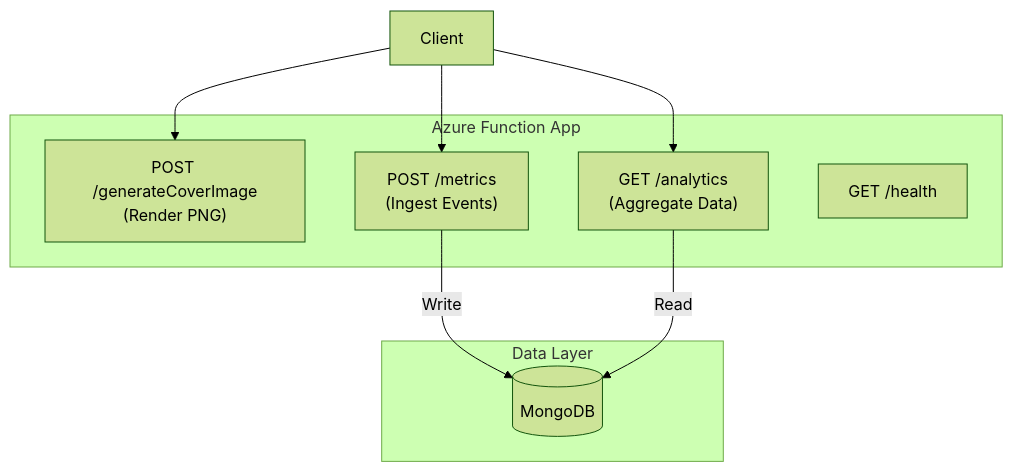
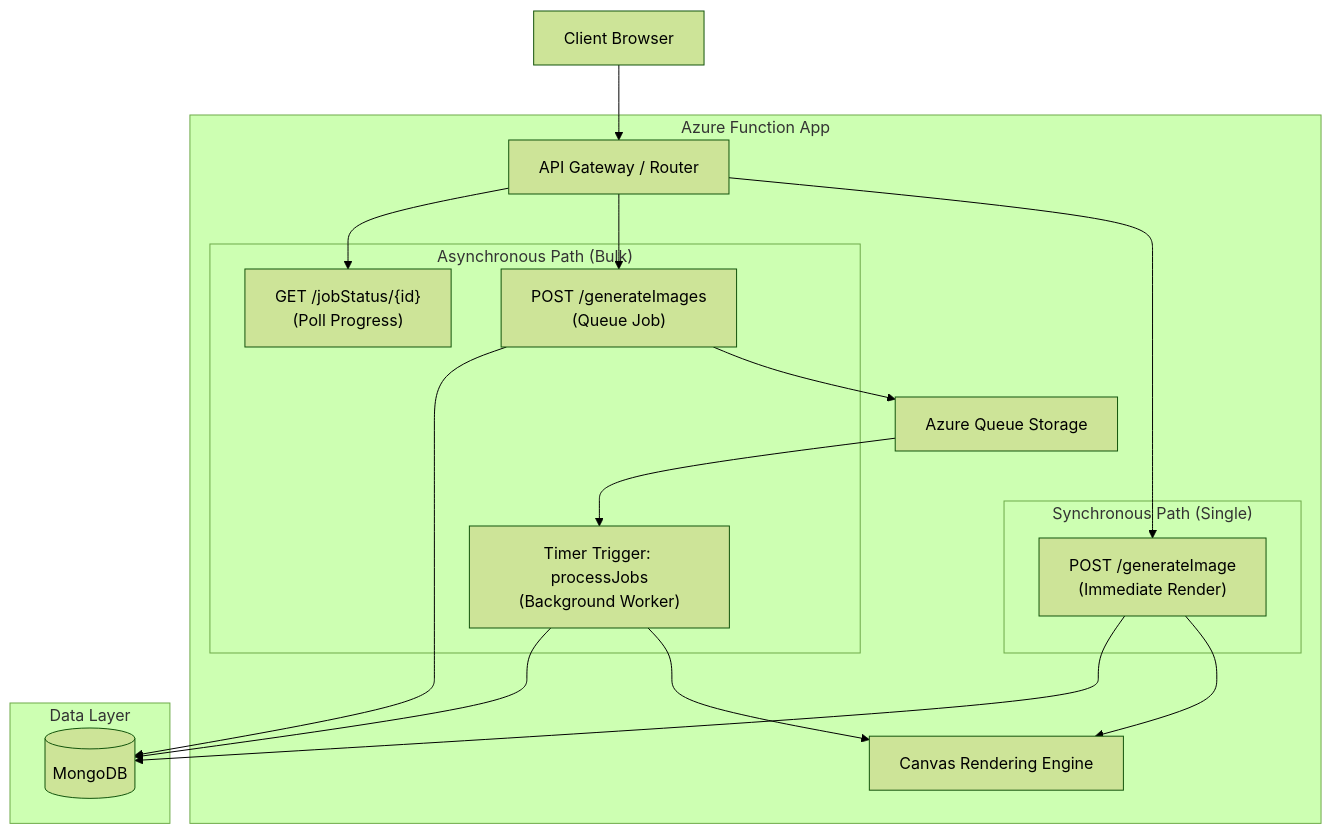
Before and after one commit to victoriacheng15/cover-craft: the diagram in docs/architecture/backend.md, drawn with Mermaid (forest theme). The commit also changed other lines of this file and 2 other files, not shown here.

Commit message:
docs(arch): synchronize async batch generation architecture (#223)

````diff
--- a/docs/architecture/backend.md
+++ b/docs/architecture/backend.md
@@ -15,20 +18,39 @@
 ```mermaid
-graph TB
+graph TD
+    Client[Client Browser]
     subgraph Azure["Azure Function App"]
-        GCI["POST /generateCoverImage<br/>(Render PNG)"]
-        Metrics["POST /metrics<br/>(Ingest Events)"]
-        Analytics["GET /analytics<br/>(Aggregate Data)"]
-        Health["GET /health"]
+        Gateway[API Gateway / Router]
+        
+        subgraph SyncPath["Synchronous Path (Single)"]
+            Single["POST /generateImage<br/>(Immediate Render)"]
+        end
+        
+        subgraph AsyncPath["Asynchronous Path (Bulk)"]
+            Bulk["POST /generateImages<br/>(Queue Job)"]
+            Status["GET /jobStatus/{id}<br/>(Poll Progress)"]
+            Worker["Timer Trigger: processJobs<br/>(Background Worker)"]
+        end
+        
+        Render[Canvas Rendering Engine]
+        Queue[Azure Queue Storage]
     end
 
     subgraph Data["Data Layer"]
         Mongo[(MongoDB)]
     end
 
-    Client --> GCI
-    Client --> Metrics
-    Client --> Analytics
+    Client --> Gateway
+    Gateway --> Single
+    Gateway --> Bulk
+    Gateway --> Status
     
-    Metrics -->|Write| Mongo
-    Analytics -->|Read| Mongo
+    Single --> Render
+    Single --> Mongo
+    
+    Bulk --> Queue
+    Bulk --> Mongo
+    
+    Queue --> Worker
+    Worker --> Render
+    Worker --> Mongo
 ```
````
